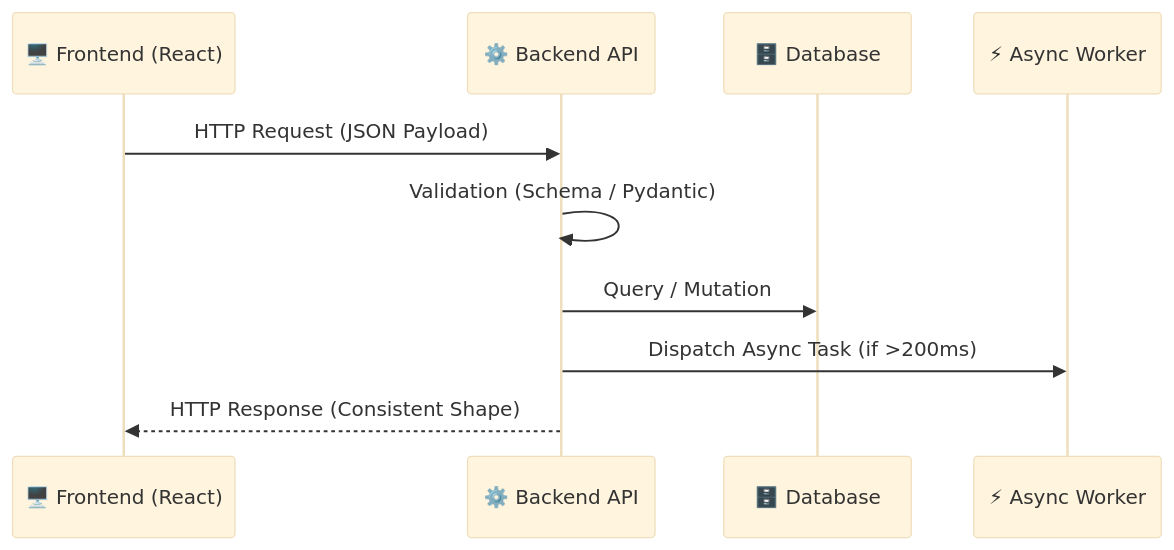
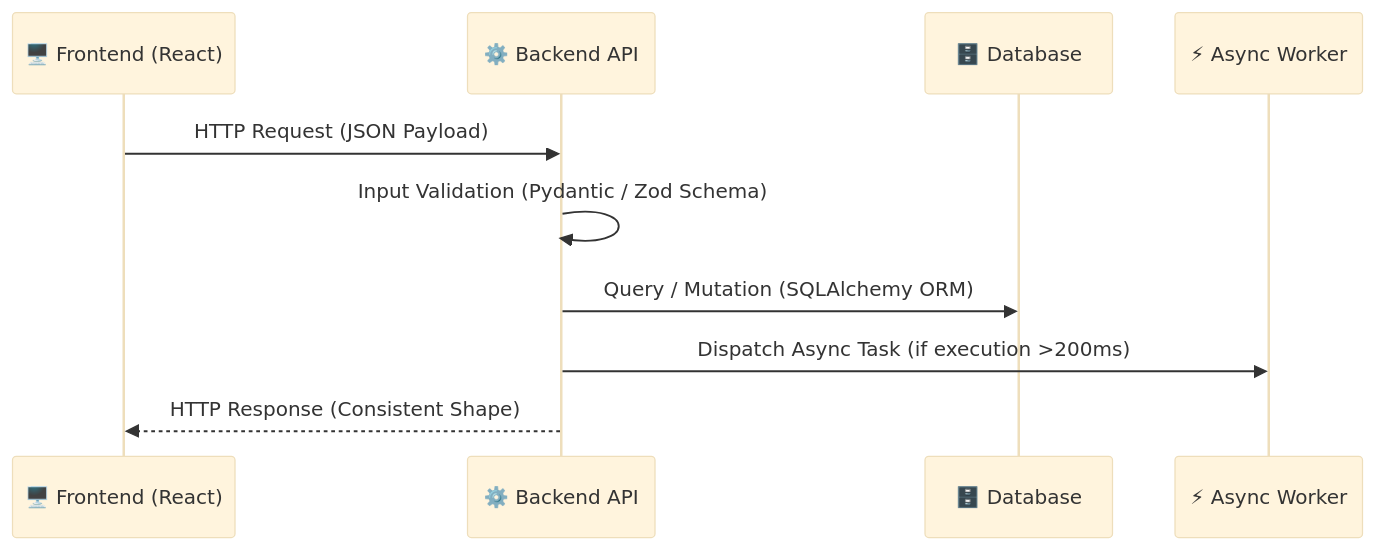
The diagram in templates/agents_scaffold/.agents/knowledge/architecture.md (Iminluv/My-agent-workflow-playbook), drawn with Mermaid (base theme) before and after one commit. The commit also changed other lines of this file and 11 other files, not shown here.

````diff
--- a/templates/agents_scaffold/.agents/knowledge/architecture.md
+++ b/templates/agents_scaffold/.agents/knowledge/architecture.md
@@ -20,13 +21,13 @@
 ```mermaid
 sequenceDiagram
     participant Client as 🖥️ Frontend (React)
     participant API as ⚙️ Backend API
     participant DB as 🗄️ Database
     participant Worker as ⚡ Async Worker
 
     Client->>API: HTTP Request (JSON Payload)
-    API->>API: Validation (Schema / Pydantic)
-    API->>DB: Query / Mutation
-    API->>Worker: Dispatch Async Task (if >200ms)
+    API->>API: Input Validation (Pydantic / Zod Schema)
+    API->>DB: Query / Mutation (SQLAlchemy ORM)
+    API->>Worker: Dispatch Async Task (if execution >200ms)
     API-->>Client: HTTP Response (Consistent Shape)
 ```
````
